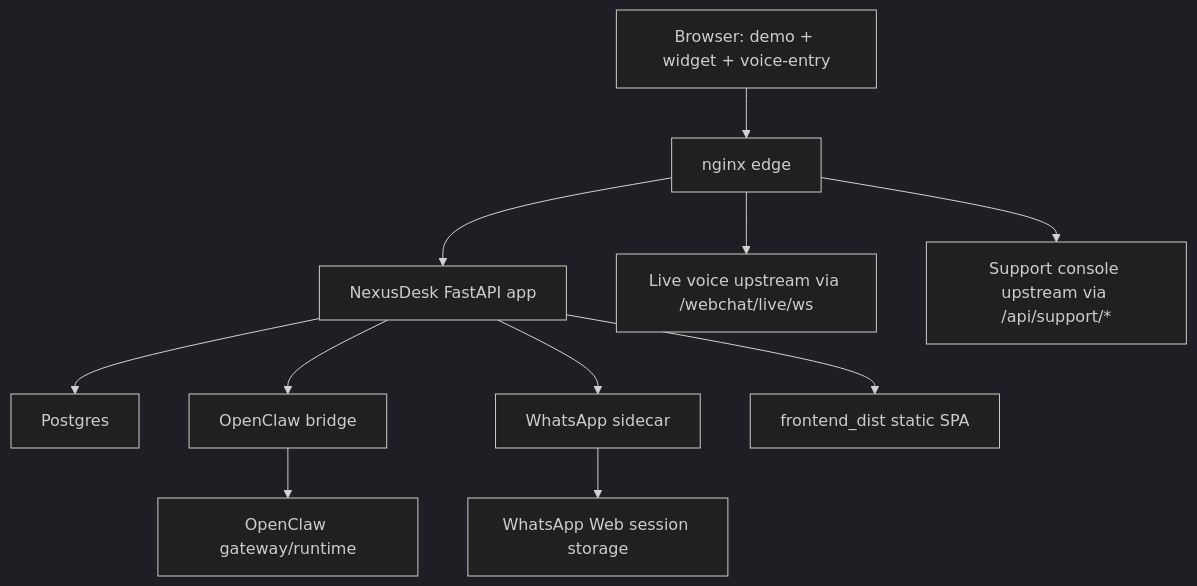
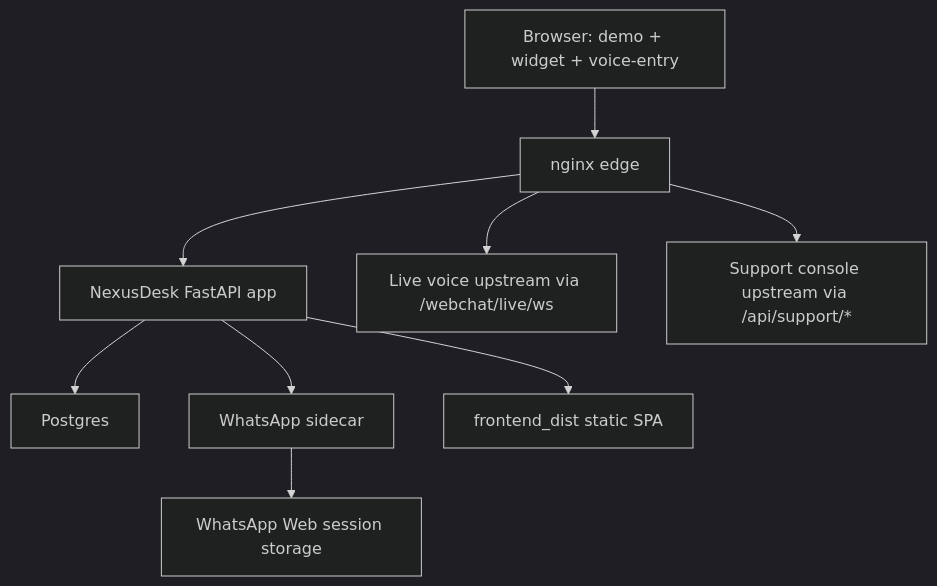
One commit to Maximvonshaft/nexus_helpdesk changed the third of 3 diagrams in docs/ops/production-drift-reconciliation-20260629.md. Above: the diagram before and after it, drawn with Mermaid (dark theme). The commit also changed other lines of this file and 238 other files, not shown here.

Commit message:
remove OpenClaw runtime dependencies

````diff
--- a/docs/ops/production-drift-reconciliation-20260629.md
+++ b/docs/ops/production-drift-reconciliation-20260629.md
@@ -81,13 +81,11 @@
 ```mermaid
 flowchart TD
   browser["Browser: demo + widget + voice-entry"] --> edge["nginx edge"]
   edge --> app["NexusDesk FastAPI app"]
   edge --> live_voice["Live voice upstream via /webchat/live/ws"]
   edge --> support_console["Support console upstream via /api/support/*"]
   app --> postgres["Postgres"]
-  app --> openclaw_bridge["OpenClaw bridge"]
-  openclaw_bridge --> openclaw_gateway["OpenClaw gateway/runtime"]
   app --> whatsapp_sidecar["WhatsApp sidecar"]
   whatsapp_sidecar --> whatsapp_web["WhatsApp Web session storage"]
   app --> frontend_dist["frontend_dist static SPA"]
 ```
````
